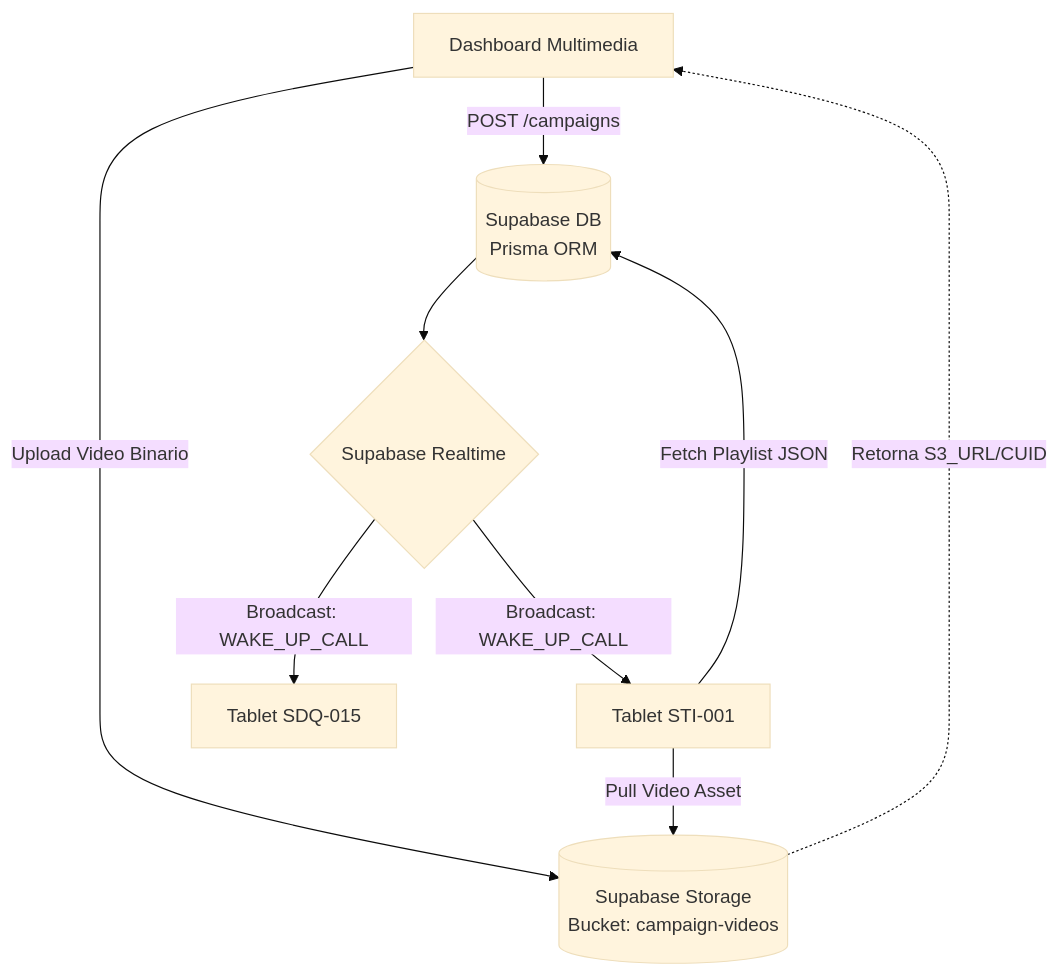
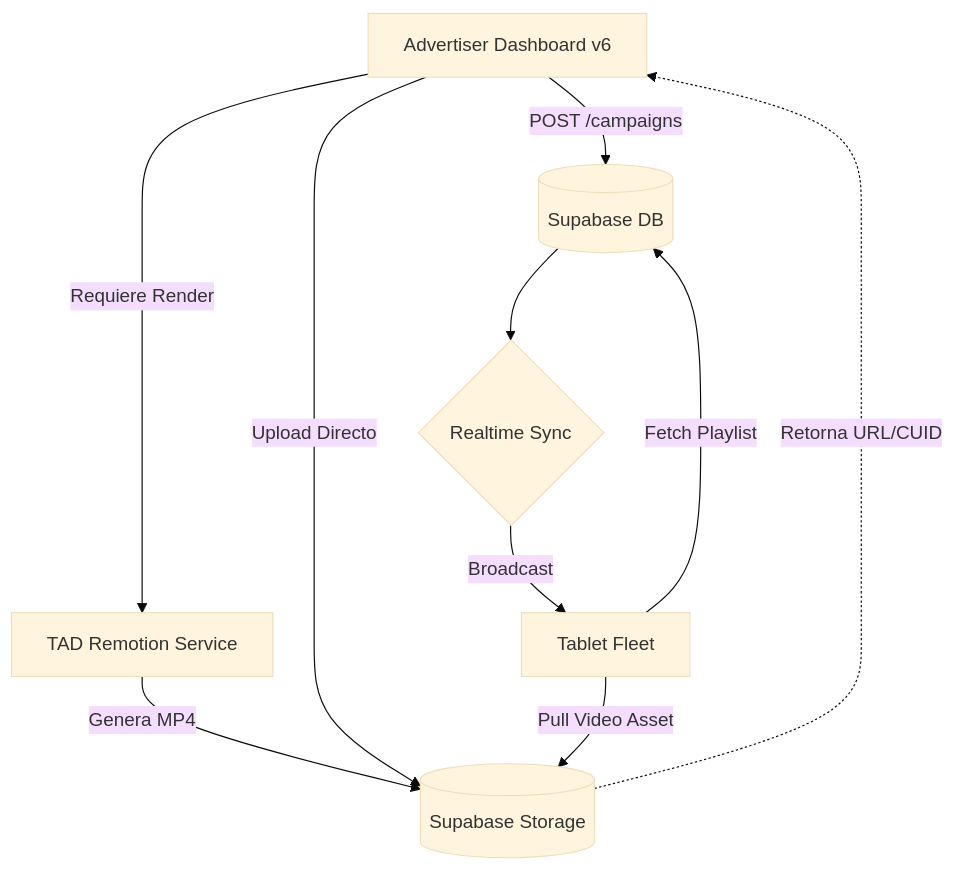
The second of 4 diagrams in 04_flujo_operativo_tad.md (tadtaxiadvertising/tad-dooh-platform), drawn with Mermaid (base theme) before and after one commit. The commit also changed other lines of this file and 33 other files, not shown here.

````diff
--- a/04_flujo_operativo_tad.md
+++ b/04_flujo_operativo_tad.md
@@ -48,16 +48,18 @@
 ```mermaid
 graph TD
     classDef red fill:#f96,stroke:#333,stroke-width:2px;
     classDef green fill:#9f9,stroke:#333,stroke-width:2px;
 
-    DM[Dashboard Multimedia] -->|Upload Video Binario| S3[(Supabase Storage<br/>Bucket: campaign-videos)]
-    S3 -.->|Retorna S3_URL/CUID| DM
-    DM -->|POST /campaigns| DB[(Supabase DB<br/>Prisma ORM)]
+    DM[Advertiser Dashboard v6] -->|Requiere Render| RM[TAD Remotion Service]
+    RM -->|Genera MP4| S3[(Supabase Storage)]
     
-    DB --> R1{Supabase Realtime}
-    R1 --> |Broadcast: WAKE_UP_CALL| T1[Tablet STI-001]
-    R1 --> |Broadcast: WAKE_UP_CALL| T2[Tablet SDQ-015]
+    DM -->|Upload Directo| S3
+    S3 -.->|Retorna URL/CUID| DM
+    DM -->|POST /campaigns| DB[(Supabase DB)]
+    
+    DB --> R1{Realtime Sync}
+    R1 --> |Broadcast| T1[Tablet Fleet]
 
-    T1 --> |Fetch Playlist JSON| DB
+    T1 --> |Fetch Playlist| DB
     T1 --> |Pull Video Asset| S3
 ```
````
